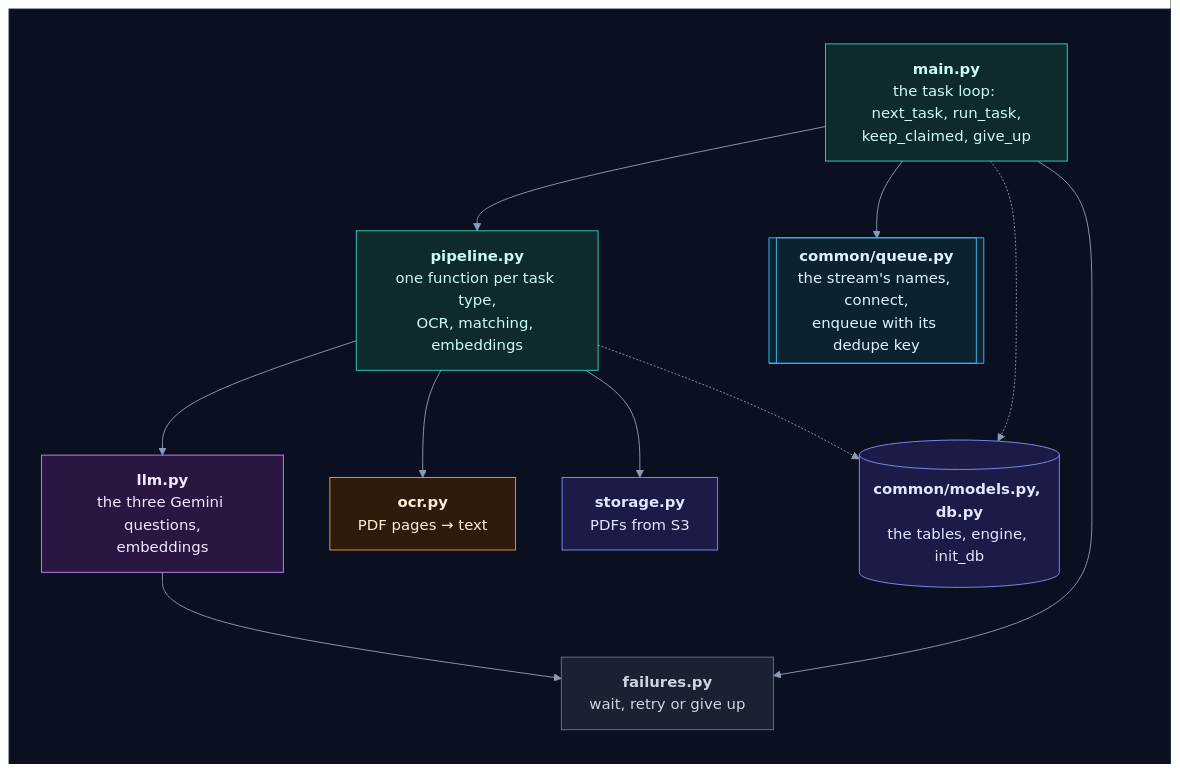
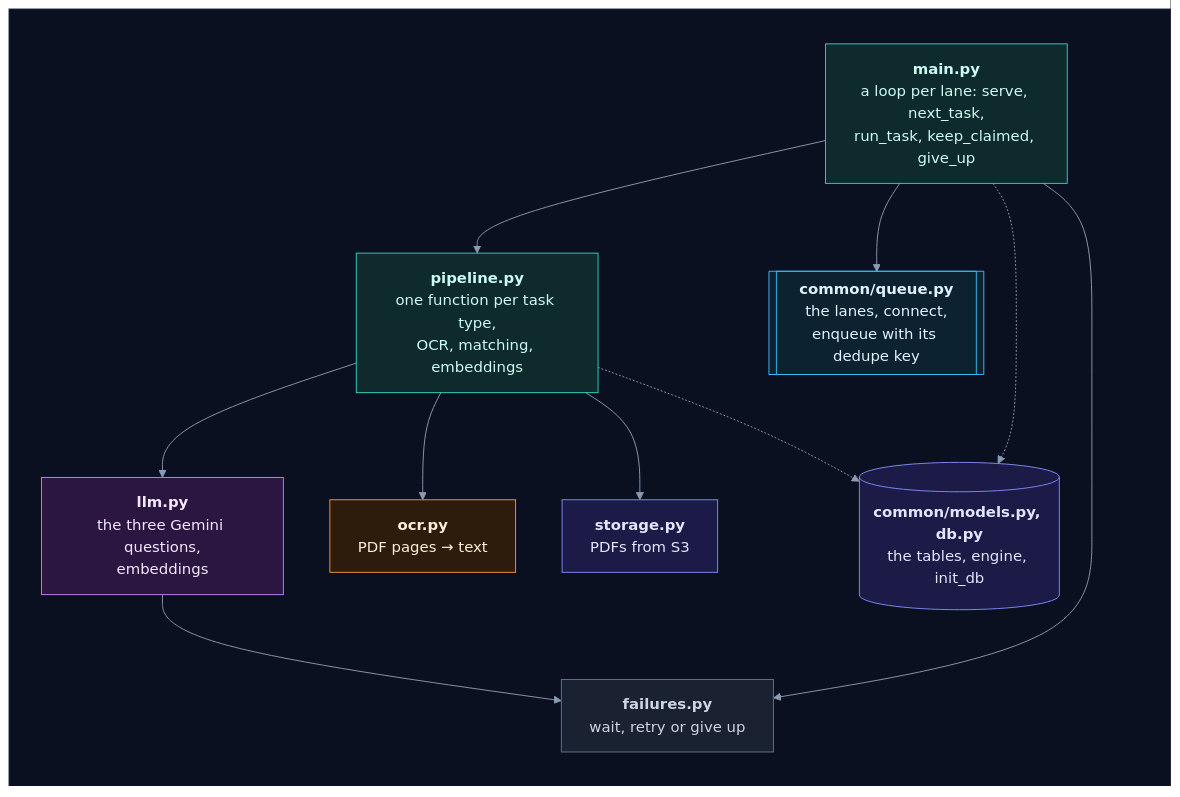
Before and after one commit to selvakumarperumal/Regulatory_Circular_Impact_Agent: diagram 28 of 45 in backend/worker/INTERNALS.md, drawn with Mermaid. The commit also changed other lines of this file and 7 other files, not shown here.

Commit message:
Document the PDF lane and the main lane

````diff
--- a/backend/worker/INTERNALS.md
+++ b/backend/worker/INTERNALS.md
@@ -1557,41 +1597,41 @@
 ```mermaid
 %%{init: {"theme": "base", "flowchart": {"diagramPadding": 0}, "themeVariables": {"darkMode": true, "primaryColor": "#16213a", "primaryTextColor": "#e6edf7", "primaryBorderColor": "#475a7a", "lineColor": "#8b9bb4", "secondaryColor": "#1b2436", "tertiaryColor": "#101a2e", "edgeLabelBackground": "#0f172a", "textColor": "#e2e8f0", "clusterBkg": "#0f1728", "clusterBorder": "#2b3a55", "titleColor": "#c4b5fd", "nodeTextColor": "#e6edf7"}}}%%
 flowchart TB
     subgraph canvas[" "]
         direction TB
-        main["<b>main.py</b><br/>the task loop: next_task, run_task,<br/>keep_claimed, give_up"]
+        main["<b>main.py</b><br/>a loop per lane: serve, next_task,<br/>run_task, keep_claimed, give_up"]
         pipeline["<b>pipeline.py</b><br/>one function per task type,<br/>OCR, matching, embeddings"]
-        queue[["<b>common/queue.py</b><br/>the stream's names, connect,<br/>enqueue with its dedupe key"]]
+        queue[["<b>common/queue.py</b><br/>the lanes, connect,<br/>enqueue with its dedupe key"]]
         failures["<b>failures.py</b><br/>wait, retry or give up"]
         llm["<b>llm.py</b><br/>the three Gemini questions,<br/>embeddings"]
         ocr["<b>ocr.py</b><br/>PDF pages → text"]
         storage["<b>storage.py</b><br/>PDFs from S3"]
         common[("<b>common/models.py, db.py</b><br/>the tables, engine, init_db")]
         main --> pipeline
         main --> queue
         main --> failures
         pipeline --> llm
         pipeline --> ocr
         pipeline --> storage
         llm --> failures
         main -.-> common
         pipeline -.-> common
     end
     classDef svc fill:#0e2a2c,stroke:#2dd4bf,color:#ccfbf1
     classDef data fill:#1c1a47,stroke:#818cf8,color:#e0e7ff
     classDef ext fill:#2a1640,stroke:#c084fc,color:#f3e8ff
     classDef gpu fill:#2d1b0c,stroke:#fb923c,color:#ffedd5
     classDef ask fill:#2a2410,stroke:#fbbf24,color:#fef3c7
     classDef ok fill:#0b2a1c,stroke:#34d399,color:#d1fae5
     classDef bad fill:#2e0f17,stroke:#fb7185,color:#ffe4e6
     classDef start fill:#1c2a0e,stroke:#a7ef6f,color:#ecfccb
     classDef muted fill:#1a2130,stroke:#64748b,color:#cbd5e1
     classDef queue fill:#0c2231,stroke:#38bdf8,color:#e0f2fe
     class main,pipeline svc
     class queue queue
     class failures muted
     class llm ext
     class ocr gpu
     class storage,common data
     style canvas fill:#0b1020,stroke:#1e293b,color:#0b1020
 ```
````
